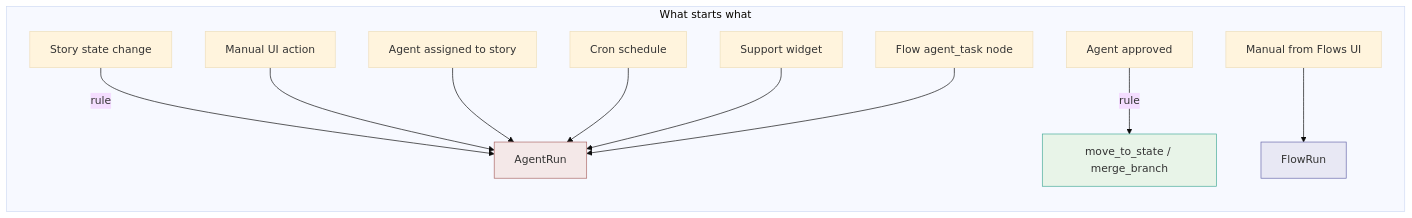
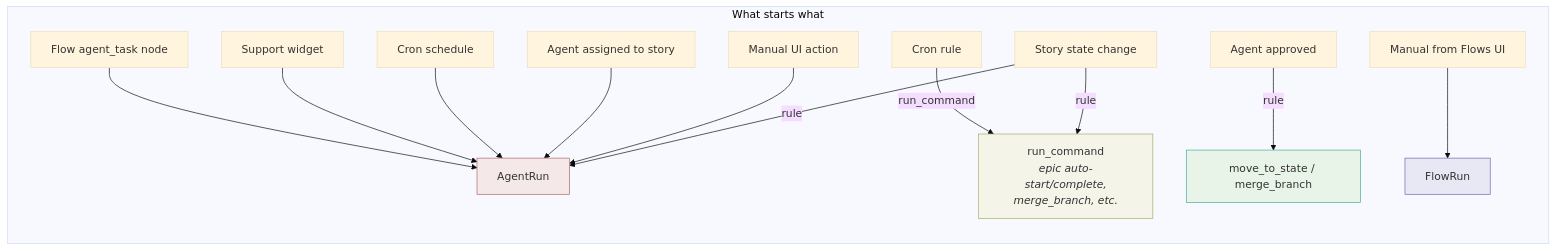
Before and after one commit to helpin-ai/helpin: the eighth of 11 diagrams in docs/AUTOMATION_AND_AGENT_ARCHITECTURE.md, drawn with Mermaid (base theme). The commit also changed other lines of this file and 62 other files, not shown here.

Commit message:
remove legacy v1 flow, solidify v2

````diff
--- a/docs/AUTOMATION_AND_AGENT_ARCHITECTURE.md
+++ b/docs/AUTOMATION_AND_AGENT_ARCHITECTURE.md
@@ -546,18 +558,21 @@
 ```mermaid
 flowchart LR
     subgraph TRIGGERS["What starts what"]
         direction TB
         S1["Story state change"] -->|"rule"| AGENT_RUN["AgentRun"]
+        S1 -->|"rule"| COMMANDS["run_command<br/><i>epic auto-start/complete,<br/>merge_branch, etc.</i>"]
         S2["Agent approved"] -->|"rule"| ACTIONS["move_to_state / merge_branch"]
         S3["Manual UI action"] --> AGENT_RUN
         S4["Agent assigned to story"] --> AGENT_RUN
         S5["Cron schedule"] --> AGENT_RUN
+        S5C["Cron rule"] -->|"run_command"| COMMANDS
         S6["Support widget"] --> AGENT_RUN
         S7["Flow agent_task node"] --> AGENT_RUN
         S8["Manual from Flows UI"] --> FLOW_RUN["FlowRun"]
     end
 
     style AGENT_RUN fill:#f4e8e8,stroke:#a66
     style FLOW_RUN fill:#e8e8f4,stroke:#66a
     style ACTIONS fill:#e8f4e8,stroke:#4a9
+    style COMMANDS fill:#f4f4e8,stroke:#aa6
 ```
````
